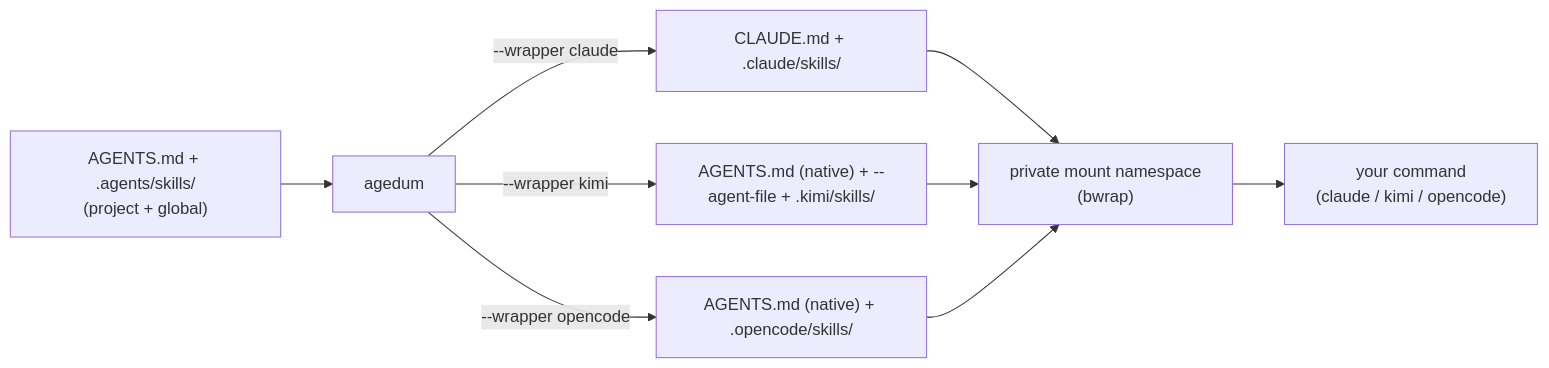
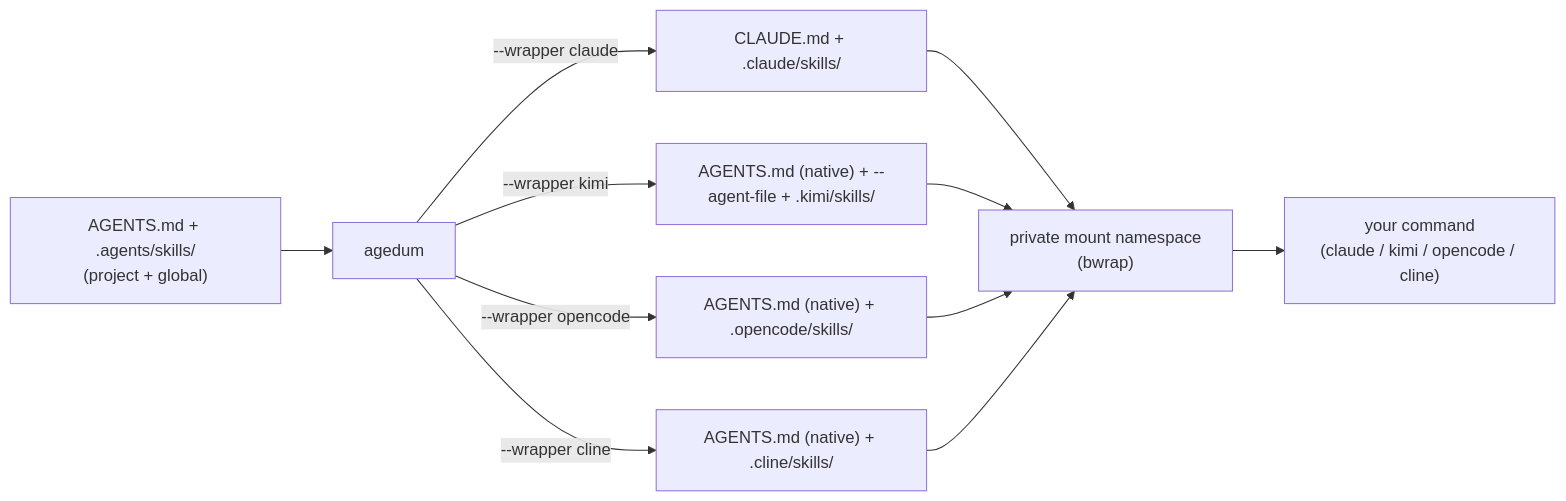
The diagram in docs/index.md (vcoeur/agedum), drawn with Mermaid before and after one commit. The commit also changed other lines of this file and 11 other files, not shown here.

````diff
--- a/docs/index.md
+++ b/docs/index.md
@@ -61,11 +61,13 @@
 ```mermaid
 flowchart LR
   src["AGENTS.md + .agents/skills/<br/>(project + global)"] --> agedum
   agedum -->|"--wrapper claude"| cl["CLAUDE.md + .claude/skills/"]
   agedum -->|"--wrapper kimi"| ki["AGENTS.md (native) + --agent-file + .kimi/skills/"]
   agedum -->|"--wrapper opencode"| oc["AGENTS.md (native) + .opencode/skills/"]
+  agedum -->|"--wrapper cline"| cln["AGENTS.md (native) + .cline/skills/"]
   cl --> ns["private mount namespace<br/>(bwrap)"]
   ki --> ns
   oc --> ns
-  ns --> cmd["your command<br/>(claude / kimi / opencode)"]
+  cln --> ns
+  ns --> cmd["your command<br/>(claude / kimi / opencode / cline)"]
 ```
````
